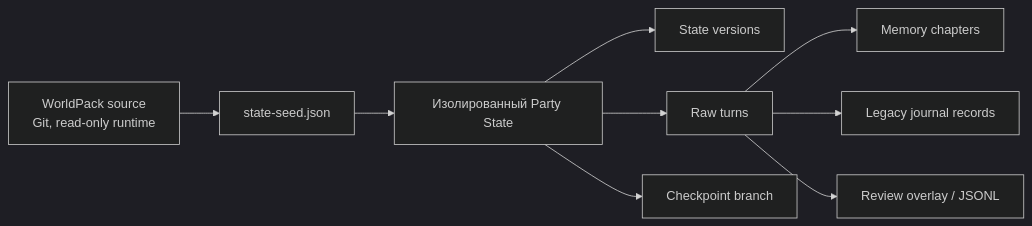
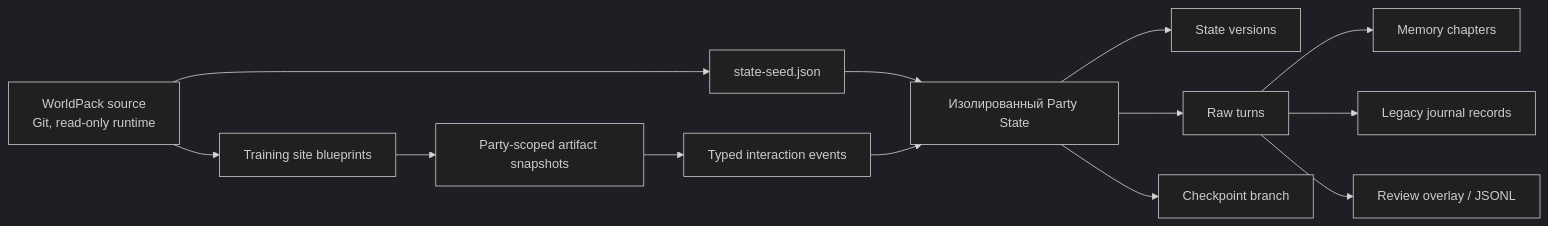
The second of 2 diagrams in docs/wiki/01-architecture.md (abykovwww-byte/ubuntu_ansible_palybooks), drawn with Mermaid (dark theme) before and after one commit. The commit also changed other lines of this file and 53 other files, not shown here.

````diff
--- a/docs/wiki/01-architecture.md
+++ b/docs/wiki/01-architecture.md
@@ -62,11 +62,15 @@
 ```mermaid
 flowchart LR
     WP["WorldPack source\nGit, read-only runtime"] --> Seed["state-seed.json"]
     Seed --> PS["Изолированный Party State"]
     PS --> SV["State versions"]
     PS --> Turns["Raw turns"]
     Turns --> Mem["Memory chapters"]
     Turns --> Journal["Legacy journal records"]
     Turns --> Dataset["Review overlay / JSONL"]
     PS --> Branch["Checkpoint branch"]
+    WP --> Blueprint["Training site blueprints"]
+    Blueprint --> Artifact["Party-scoped artifact snapshots"]
+    Artifact --> Events["Typed interaction events"]
+    Events --> PS
 ```
````
